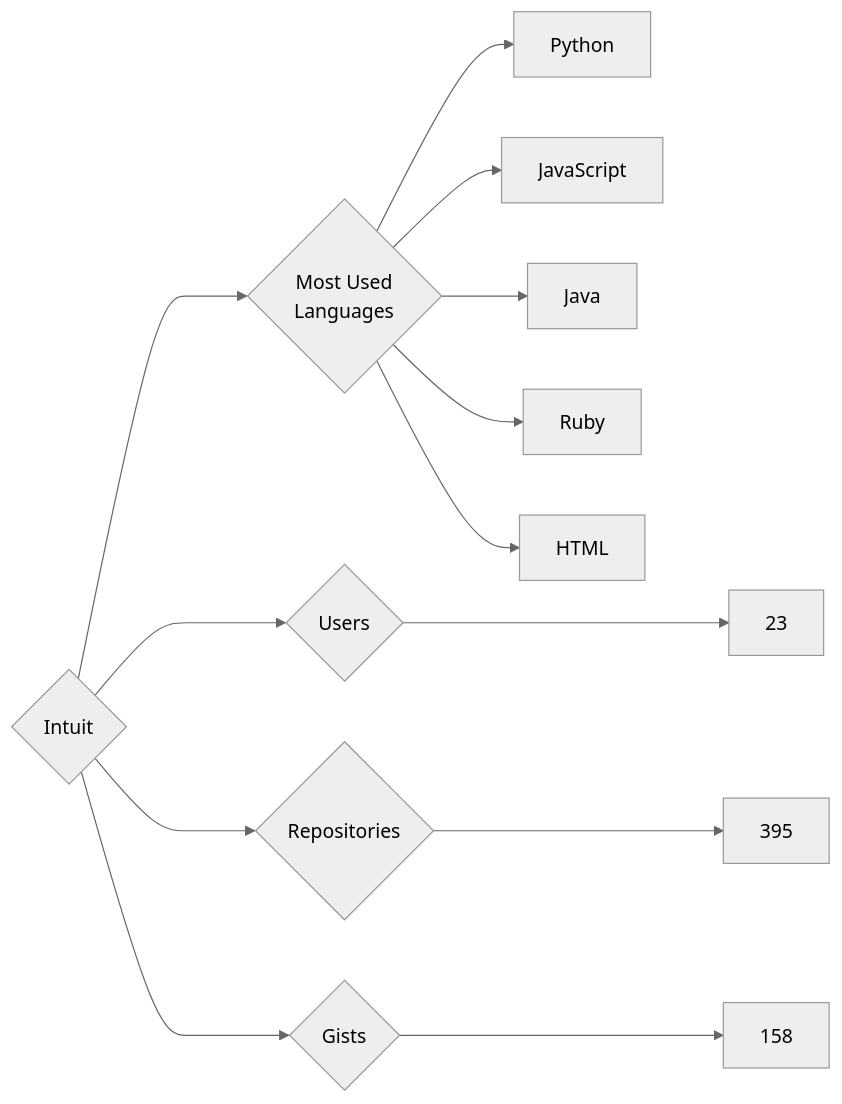
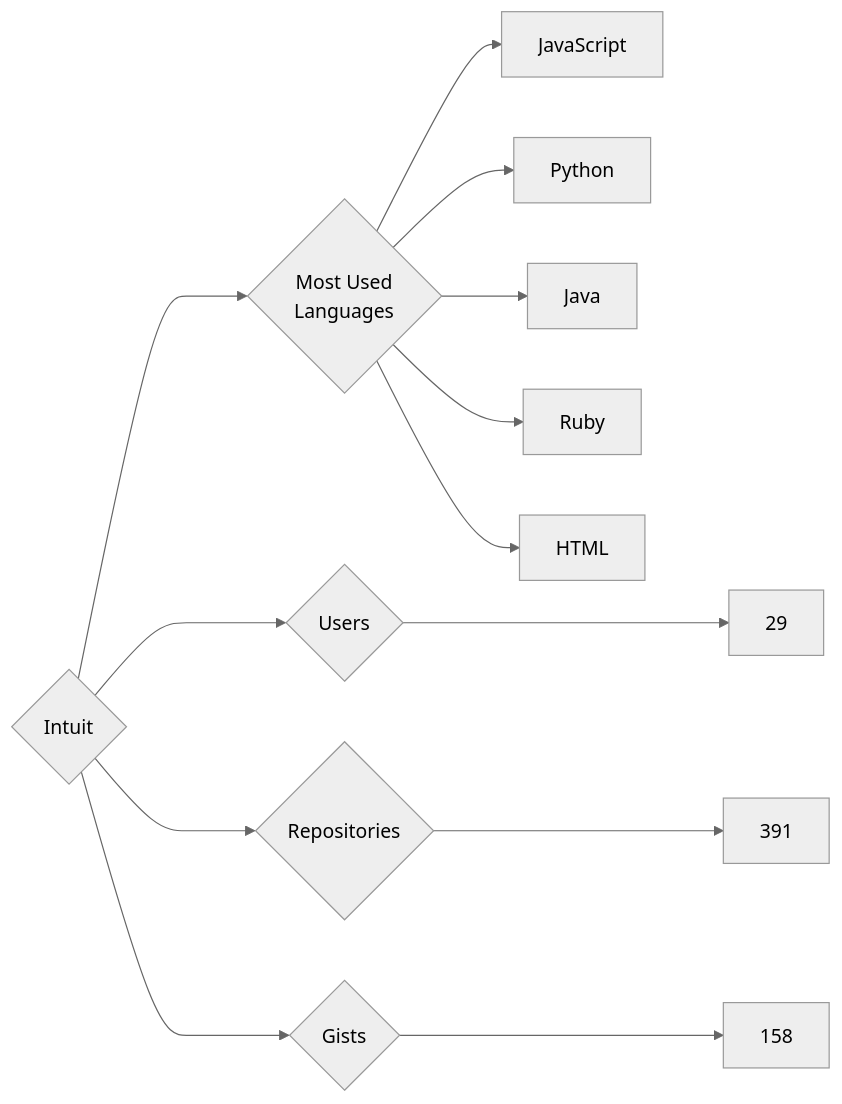
One commit to trickest/insiders changed the diagram in targets/Intuit/README.md. Above: the diagram before and after it, drawn with Mermaid (neutral theme). The commit also changed 1195 other files, not shown here.

````diff
--- a/targets/Intuit/README.md
+++ b/targets/Intuit/README.md
@@ -3,13 +3,13 @@
 ```mermaid
 graph LR
 COMPANY_NAME{Intuit}
-COMPANY_NAME ---> U{Users} ---> UN[23]
-COMPANY_NAME ---> R{Repositories} ---> RN[395]
+COMPANY_NAME ---> U{Users} ---> UN[29]
+COMPANY_NAME ---> R{Repositories} ---> RN[391]
 COMPANY_NAME ---> G{Gists} ---> GN[158]
 COMPANY_NAME ---> ML{Most Used<br>Languages}
+ML --> JavaScript[JavaScript]
 ML --> Python[Python]
-ML --> JavaScript[JavaScript]
 ML --> Java[Java]
 ML --> Ruby[Ruby]
 ML --> HTML[HTML]
 ```
````
